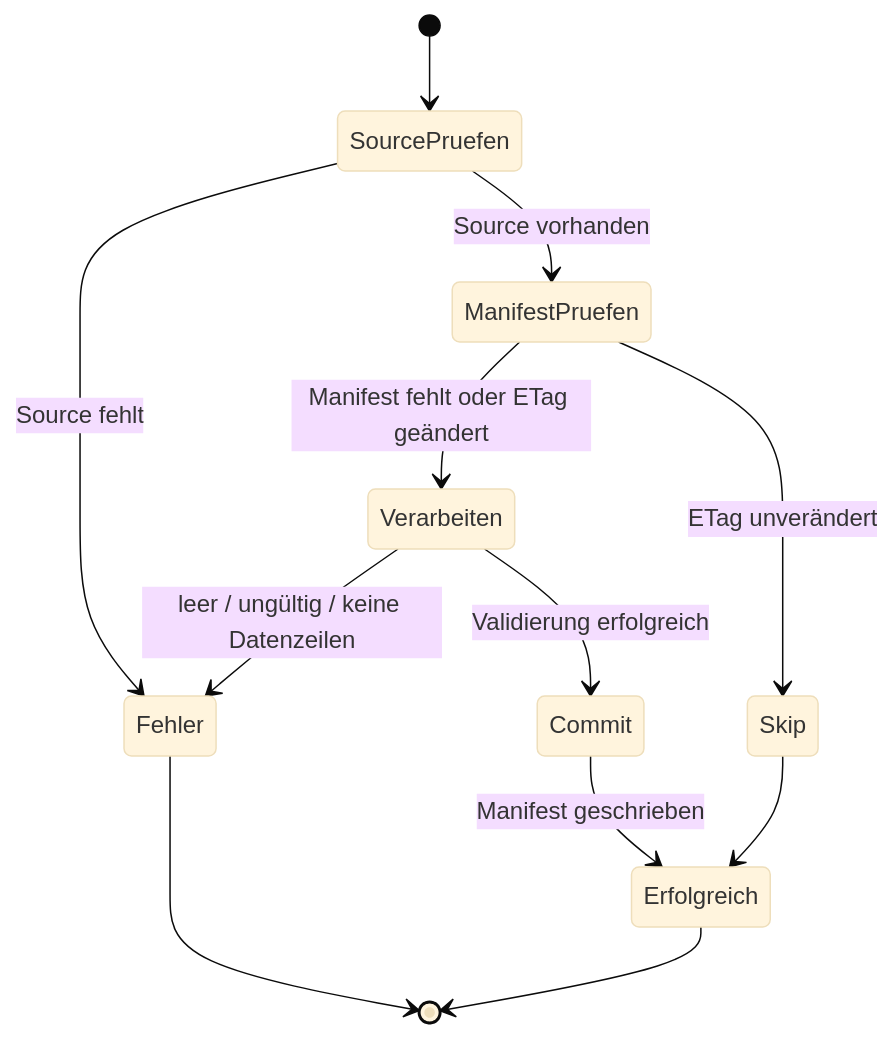
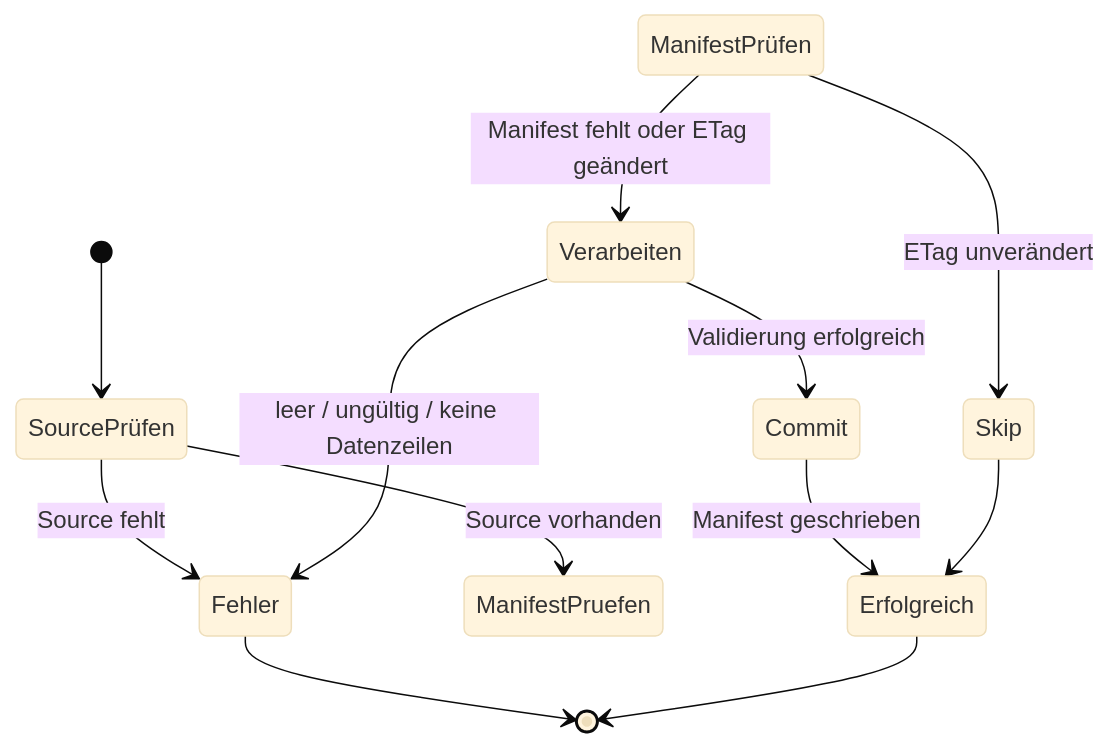
The fourth of 4 diagrams in missions/M01-s3-data-lake/docs/architecture.md (gw-ai-security/de-floci-missions), drawn with Mermaid (base theme) before and after one commit.

Commit message:
Fix typo in state diagram labels

````diff
--- a/missions/M01-s3-data-lake/docs/architecture.md
+++ b/missions/M01-s3-data-lake/docs/architecture.md
@@ -157,19 +157,19 @@
 ```mermaid
 stateDiagram-v2
-    [*] --> SourcePruefen
+    [*] --> SourcePrüfen
 
-    SourcePruefen --> Fehler: Source fehlt
-    SourcePruefen --> ManifestPruefen: Source vorhanden
+    SourcePrüfen --> Fehler: Source fehlt
+    SourcePrüfen --> ManifestPruefen: Source vorhanden
 
-    ManifestPruefen --> Skip: ETag unverändert
-    ManifestPruefen --> Verarbeiten: Manifest fehlt oder ETag geändert
+    ManifestPrüfen --> Skip: ETag unverändert
+    ManifestPrüfen --> Verarbeiten: Manifest fehlt oder ETag geändert
 
     Verarbeiten --> Fehler: leer / ungültig / keine Datenzeilen
     Verarbeiten --> Commit: Validierung erfolgreich
 
     Commit --> Erfolgreich: Manifest geschrieben
     Skip --> Erfolgreich
 
     Fehler --> [*]
     Erfolgreich --> [*]
 ```
````
